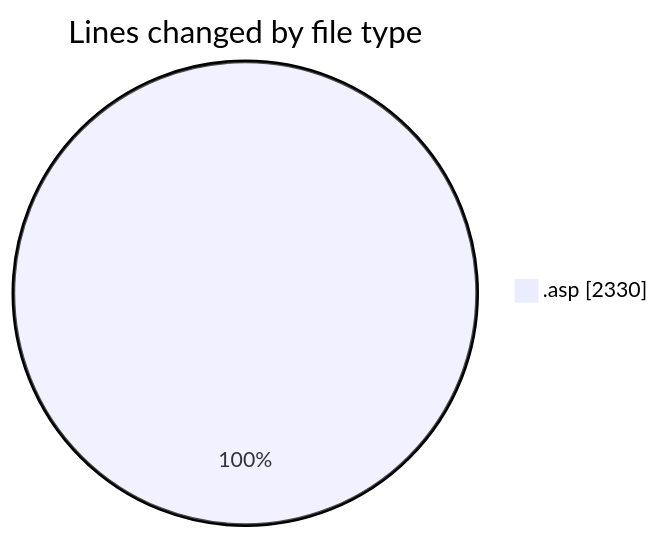
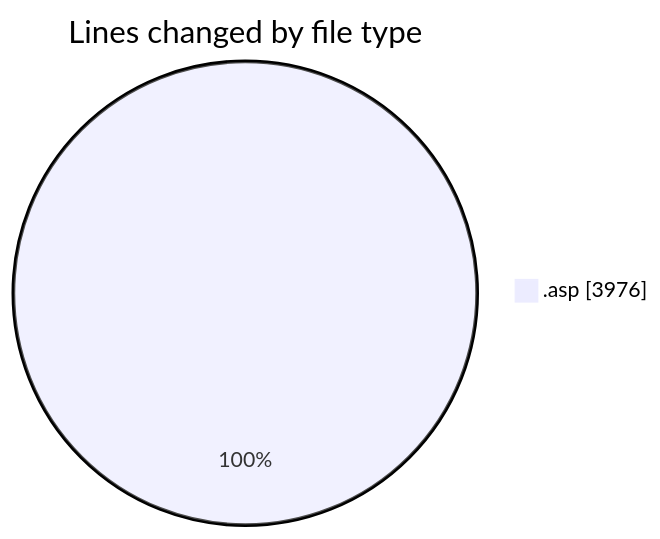
One commit to julien-gomy/code-tracking changed the first of 2 diagrams in 2025-11-04/cdp_aleoudev_fr__workspace_/README.md. Above: the diagram before and after it, drawn with Mermaid. The commit also changed other lines of this file and 1 other file, not shown here.

````diff
--- a/2025-11-04/cdp_aleoudev_fr__workspace_/README.md
+++ b/2025-11-04/cdp_aleoudev_fr__workspace_/README.md
@@ -21,5 +21,5 @@
 ```mermaid
 pie showData
 title Lines changed by file type
-".asp" : 2330
+".asp" : 3976
 ```
````
